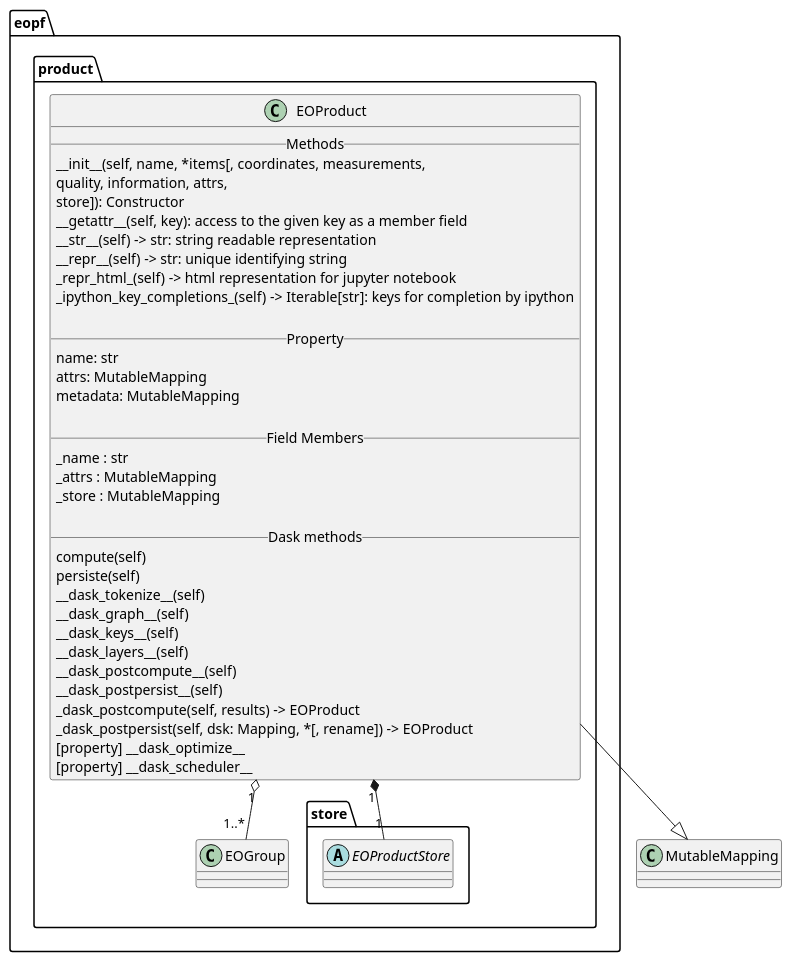
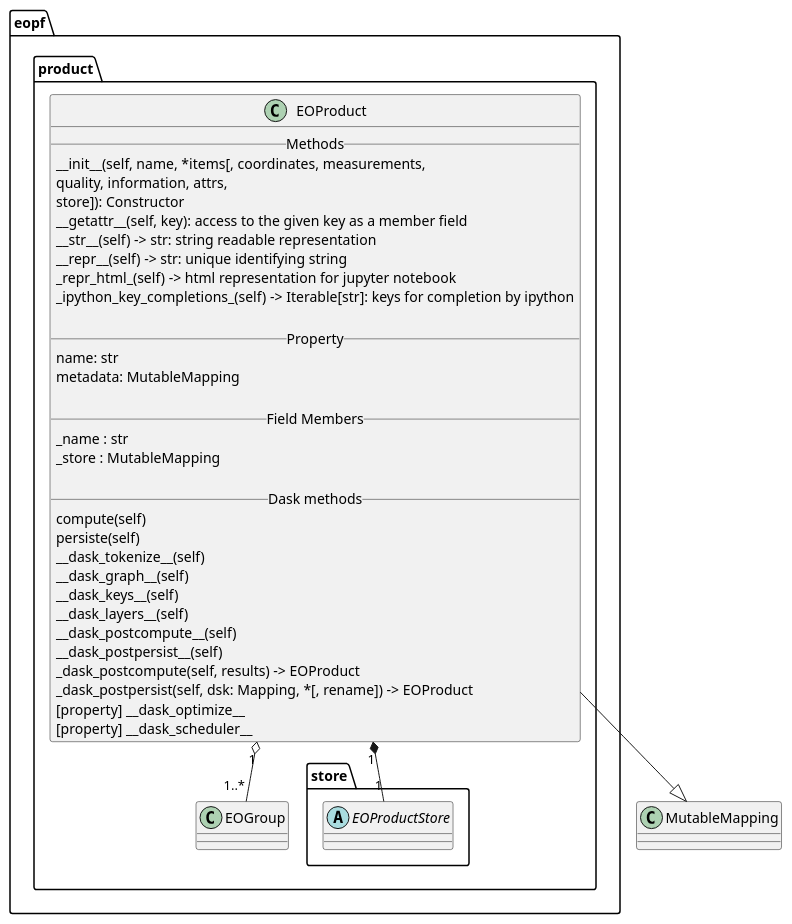
Before and after one commit to CSC-DPR/eopf-cpm: the diagram in docs/plantuml/eopf_product_eoproduct.puml, drawn with PlantUML.

Commit message:
fix: attrs eoproduct as eogroup

```diff
--- a/docs/plantuml/eopf_product_eoproduct.puml
+++ b/docs/plantuml/eopf_product_eoproduct.puml
@@ -1,48 +1,46 @@
 @startuml
 package eopf.product {
     class EOProduct {
         ' EOProduct class shall implement Python magic/dunder methods necessary to emulate MutableMapping[Hashable, Group] type. The (Hashable) 'key' being the name of the group.
         __ Methods __
         __init__(self, name, *items[, coordinates, measurements,
             quality, information, attrs,
             store]): Constructor
         __getattr__(self, key): access to the given key as a member field
         __str__(self) -> str: string readable representation
         __repr__(self) -> str: unique identifying string
         _repr_html_(self) -> html representation for jupyter notebook
         _ipython_key_completions_(self) -> Iterable[str]: keys for completion by ipython
 
         __ Property __
         name: str
-        attrs: MutableMapping
         metadata: MutableMapping
 
         __ Field Members __
         _name : str
-        _attrs : MutableMapping
         _store : MutableMapping
 
         __ Dask methods __
         compute(self)
         persiste(self)
         __dask_tokenize__(self)
         __dask_graph__(self)
         __dask_keys__(self)
         __dask_layers__(self)
         __dask_postcompute__(self)
         __dask_postpersist__(self)
         _dask_postcompute(self, results) -> EOProduct
         _dask_postpersist(self, dsk: Mapping, *[, rename]) -> EOProduct
         [property] __dask_optimize__
         [property] __dask_scheduler__
     }
     package store {
         abstract EOProductStore
     }
     EOProduct "1" o-- "1..*" EOGroup
 }
 
 EOProduct --|> MutableMapping
 
 EOProduct "1" *-- "1" EOProductStore
 @enduml
```
